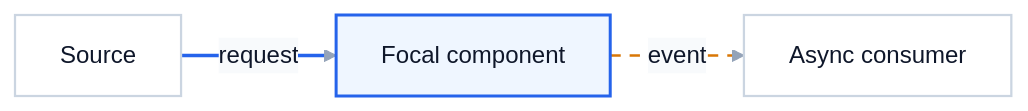
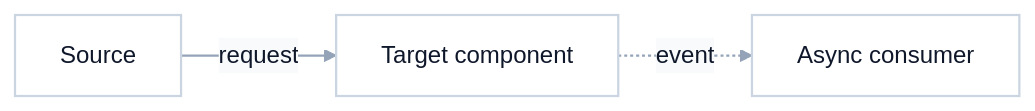
Before and after one commit to goqihoo/writing-skills: the diagram in skills/draw-diagram/assets/editorial-flow-template.mmd, drawn with Mermaid. The commit also changed 10 other files, not shown here.

Commit message:
Refine Draw Diagram visual grammar

```diff
--- a/skills/draw-diagram/assets/editorial-flow-template.mmd
+++ b/skills/draw-diagram/assets/editorial-flow-template.mmd
@@ -1,24 +1,19 @@
 %%{init: {
   "theme": "base",
   "fontFamily": "Inter, Noto Sans SC, PingFang SC, sans-serif",
   "themeVariables": {
     "background": "#F8FAFC",
     "primaryColor": "#FFFFFF",
     "primaryTextColor": "#0F172A",
     "primaryBorderColor": "#CBD5E1",
-    "secondaryColor": "#EFF6FF",
     "lineColor": "#94A3B8",
     "edgeLabelBackground": "#F8FAFC"
   }
 }}%%
 flowchart LR
-    source["Source"] -->|request| target["Focal component"]
+    source["Source"] -->|request| target["Target component"]
     target -.->|event| consumer["Async consumer"]
 
     classDef normal fill:#FFFFFF,stroke:#CBD5E1,color:#0F172A,stroke-width:1.5px;
-    classDef primary fill:#EFF6FF,stroke:#2563EB,color:#0F172A,stroke-width:2px;
-    class source,consumer normal;
-    class target primary;
+    class source,target,consumer normal;
     linkStyle default stroke:#94A3B8,stroke-width:1.5px;
-    linkStyle 0 stroke:#2563EB,stroke-width:2.25px;
-    linkStyle 1 stroke:#D97706,stroke-width:1.75px,stroke-dasharray:7 6;
```
